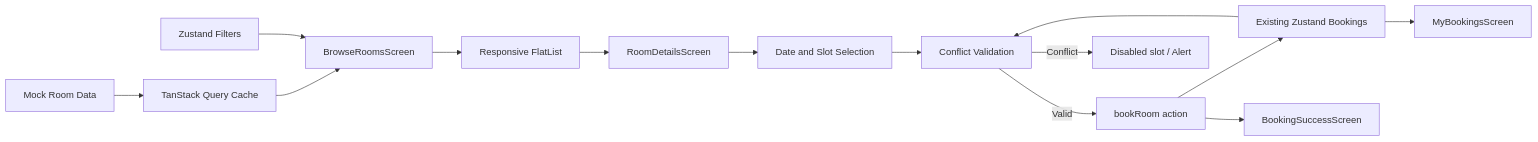
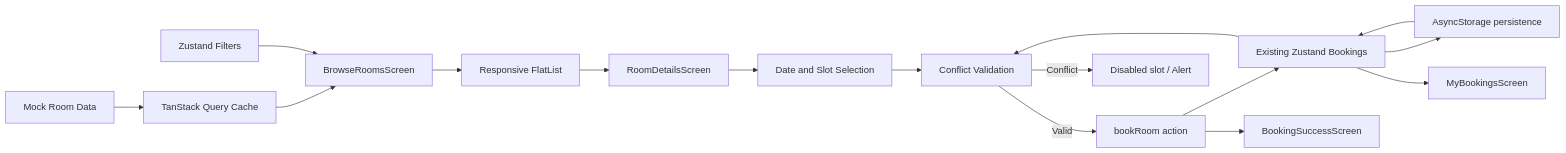
Before and after one commit to huyvu16/vku-room-booking: the diagram in Mini-Project-2-Technical-Report.md, drawn with Mermaid. The commit also changed other lines of this file and 12 other files, not shown here.

````diff
--- a/Mini-Project-2-Technical-Report.md
+++ b/Mini-Project-2-Technical-Report.md
@@ -106,16 +115,18 @@
 ```mermaid
 flowchart LR
     A[Mock Room Data] --> B[TanStack Query Cache]
     B --> C[BrowseRoomsScreen]
     D[Zustand Filters] --> C
     C --> E[Responsive FlatList]
     E --> F[RoomDetailsScreen]
     F --> G[Date and Slot Selection]
     H[Existing Zustand Bookings] --> I[Conflict Validation]
     G --> I
     I -->|Valid| J[bookRoom action]
     I -->|Conflict| K[Disabled slot / Alert]
     J --> H
+    H --> S[AsyncStorage persistence]
+    S --> H
     J --> L[BookingSuccessScreen]
     H --> M[MyBookingsScreen]
 ```
````
